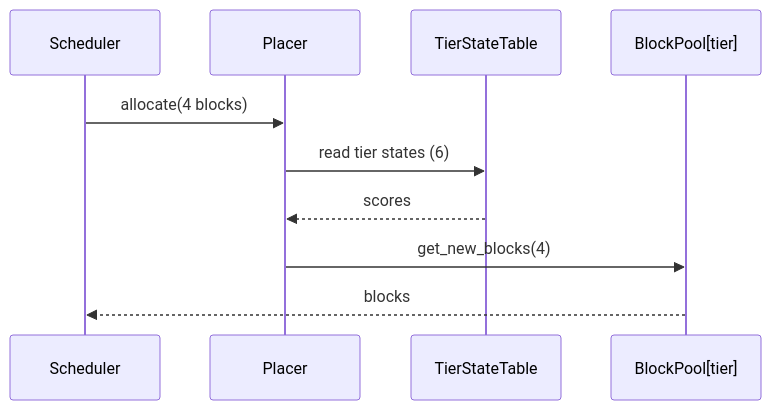
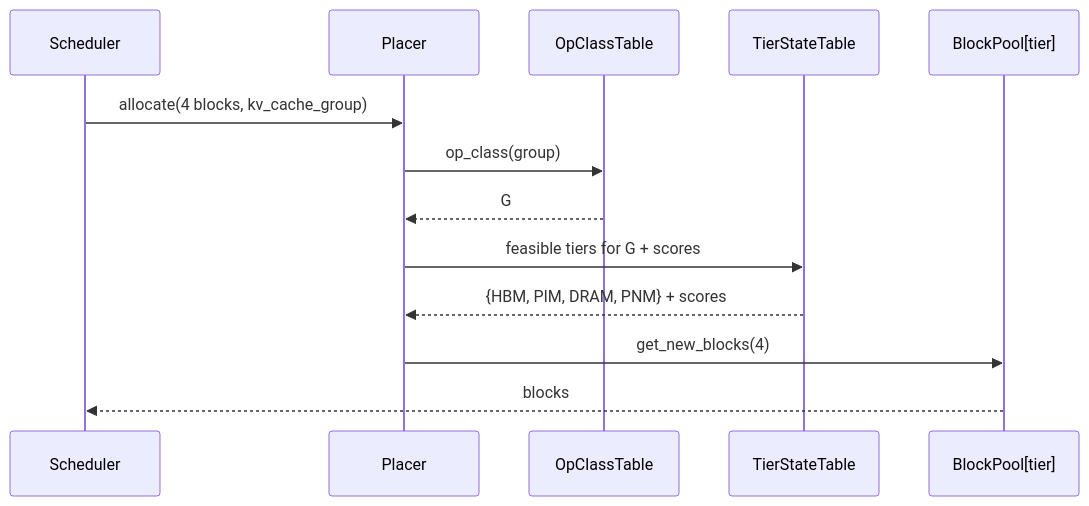
One commit to mkim0628/vllm changed the fifth of 8 diagrams in doc-mk/vllm-dp1-placement-decision-basis.md. Above: the diagram before and after it, drawn with Mermaid. The commit also changed other lines of this file, not shown here.

````diff
--- a/doc-mk/vllm-dp1-placement-decision-basis.md
+++ b/doc-mk/vllm-dp1-placement-decision-basis.md
@@ -348,12 +425,15 @@
 ```mermaid
 sequenceDiagram
   participant S as Scheduler
   participant P as Placer
+  participant O as OpClassTable
   participant T as TierStateTable
   participant B as BlockPool[tier]
-  S->>P: allocate(4 blocks)
-  P->>T: read tier states (6)
-  T-->>P: scores
+  S->>P: allocate(4 blocks, kv_cache_group)
+  P->>O: op_class(group)
+  O-->>P: G
+  P->>T: feasible tiers for G + scores
+  T-->>P: {HBM, PIM, DRAM, PNM} + scores
   P->>B: get_new_blocks(4)
   B-->>S: blocks
 ```
````
